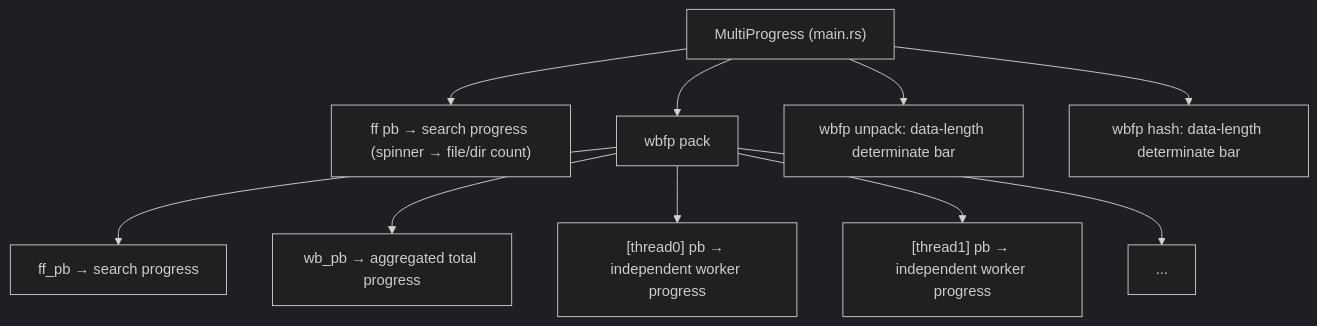
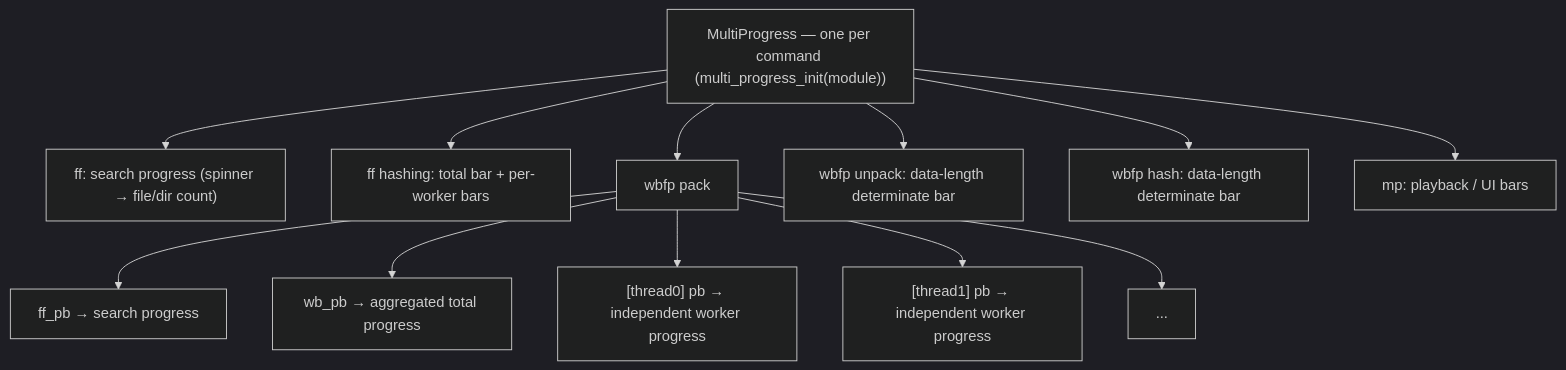
The eighth of 9 diagrams in ARCHITECTURE.md (WaterBall20/water_ball_tool), drawn with Mermaid (dark theme) before and after one commit. The commit also changed other lines of this file and 27 other files, not shown here.

````diff
--- a/ARCHITECTURE.md
+++ b/ARCHITECTURE.md
@@ -776,13 +936,15 @@
 ```mermaid
 flowchart TD
-    MP["MultiProgress (main.rs)"]
-    MP --> FF["ff pb → search progress (spinner → file/dir count)"]
+    MP["MultiProgress — one per command (multi_progress_init(module))"]
+    MP --> FF["ff: search progress (spinner → file/dir count)"]
+    MP --> FFH["ff hashing: total bar + per-worker bars"]
     MP --> PACK["wbfp pack"]
     PACK --> P1["ff_pb → search progress"]
     PACK --> P2["wb_pb → aggregated total progress"]
     PACK --> P3["[thread0] pb → independent worker progress"]
     PACK --> P4["[thread1] pb → independent worker progress"]
     PACK --> P5["..."]
     MP --> U["wbfp unpack: data-length determinate bar"]
     MP --> H["wbfp hash: data-length determinate bar"]
+    MP --> MUSIC["mp: playback / UI bars"]
 ```
````
